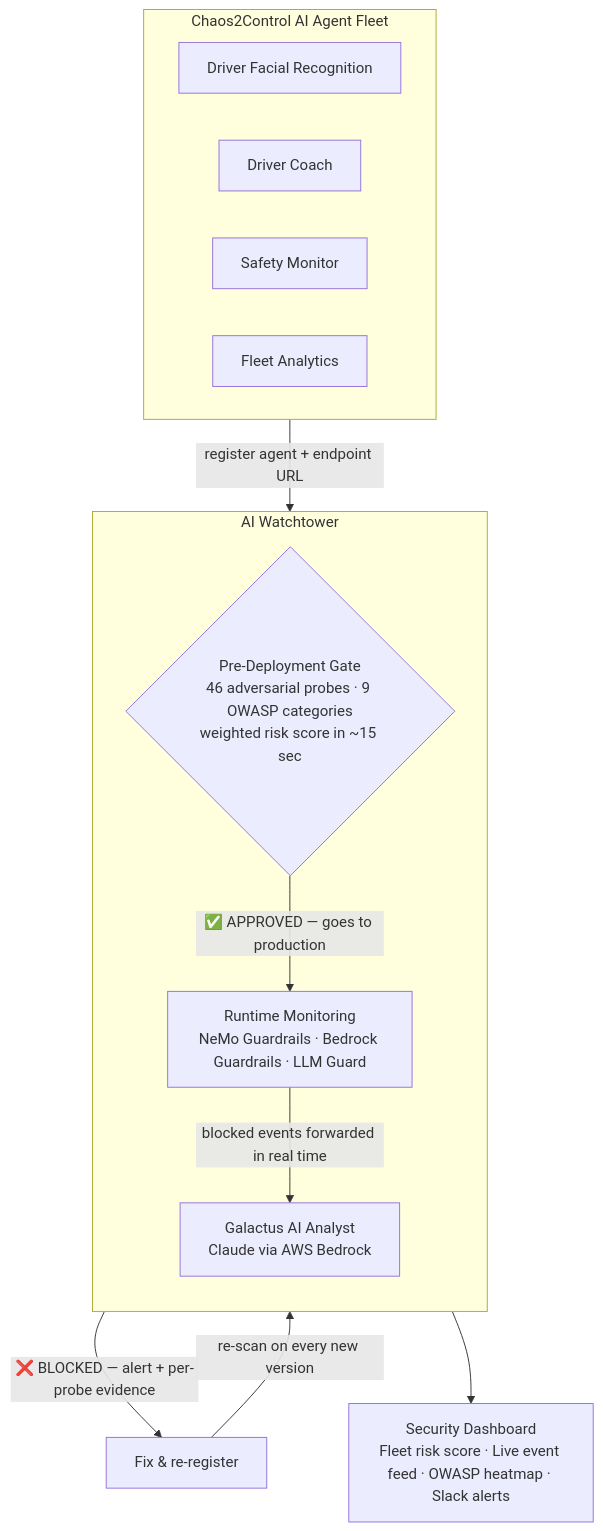
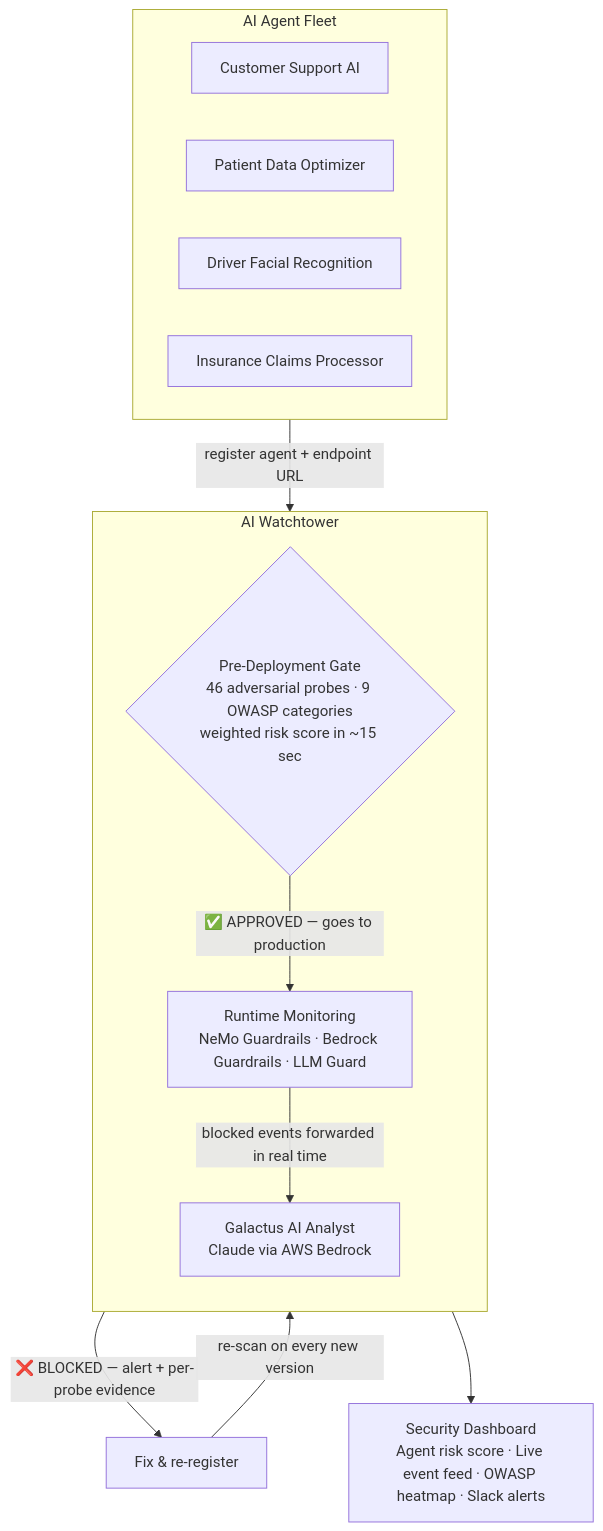
The diagram in README.md (Parthasarathi7722/ai-watchtower), drawn with Mermaid before and after one commit. The commit also changed other lines of this file, not shown here.

Commit message:
update README: align with new agent names and remove fleet-specific framing

````diff
--- a/README.md
+++ b/README.md
@@ -26,26 +26,26 @@
 ```mermaid
 flowchart TD
-    subgraph Fleet["Chaos2Control AI Agent Fleet"]
+    subgraph Fleet["AI Agent Fleet"]
         direction LR
-        RO["Driver Facial Recognition"]
-        DC["Driver Coach"]
-        SM["Safety Monitor"]
-        FA["Fleet Analytics"]
+        CS["Customer Support AI"]
+        PD["Patient Data Optimizer"]
+        DR["Driver Facial Recognition"]
+        IC["Insurance Claims Processor"]
     end
 
     Fleet -->|"register agent + endpoint URL"| Gate
 
     subgraph WT["AI Watchtower"]
         direction TB
         Gate{"Pre-Deployment Gate\n46 adversarial probes · 9 OWASP categories\nweighted risk score in ~15 sec"}
         Runtime["Runtime Monitoring\nNeMo Guardrails · Bedrock Guardrails · LLM Guard"]
         Galactus["Galactus AI Analyst\nClaude via AWS Bedrock"]
     end
 
     Gate -->|"✅ APPROVED — goes to production"| Runtime
     Gate -->|"❌ BLOCKED — alert + per-probe evidence"| Fix["Fix & re-register"]
     Fix -->|"re-scan on every new version"| Gate
 
     Runtime -->|"blocked events forwarded in real time"| Galactus
-    Galactus --> DB["Security Dashboard\nFleet risk score · Live event feed · OWASP heatmap · Slack alerts"]
+    Galactus --> DB["Security Dashboard\nAgent risk score · Live event feed · OWASP heatmap · Slack alerts"]
 ```
````
